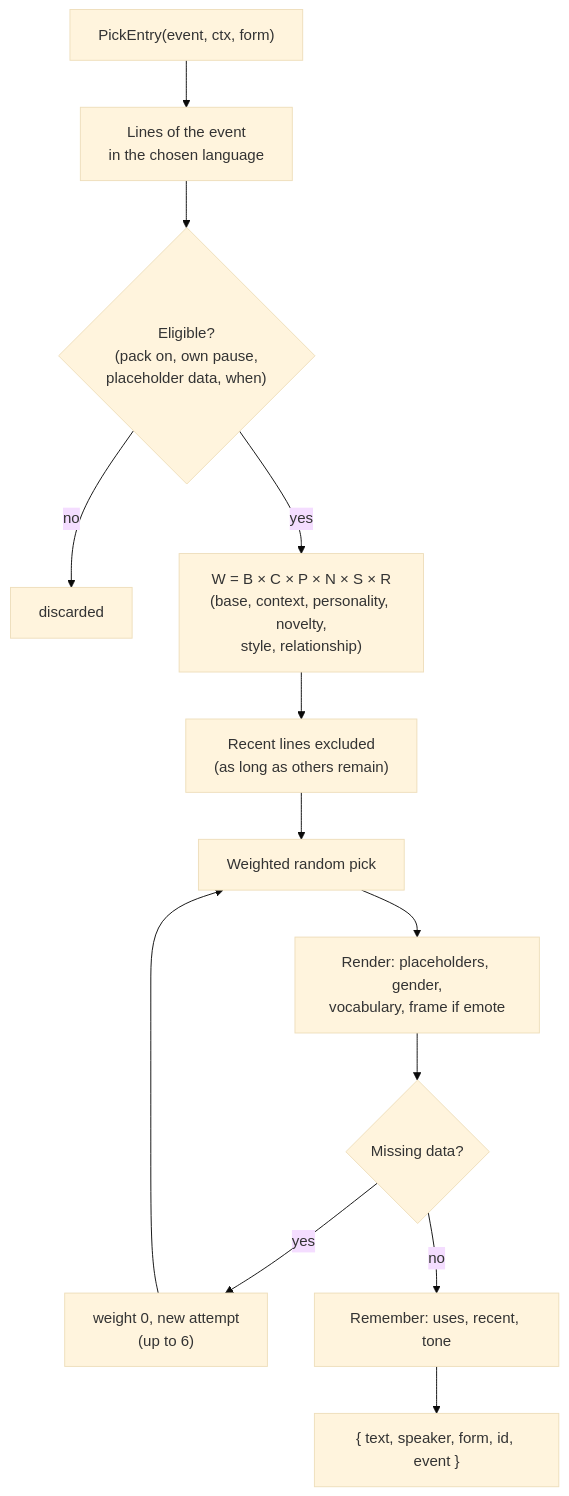
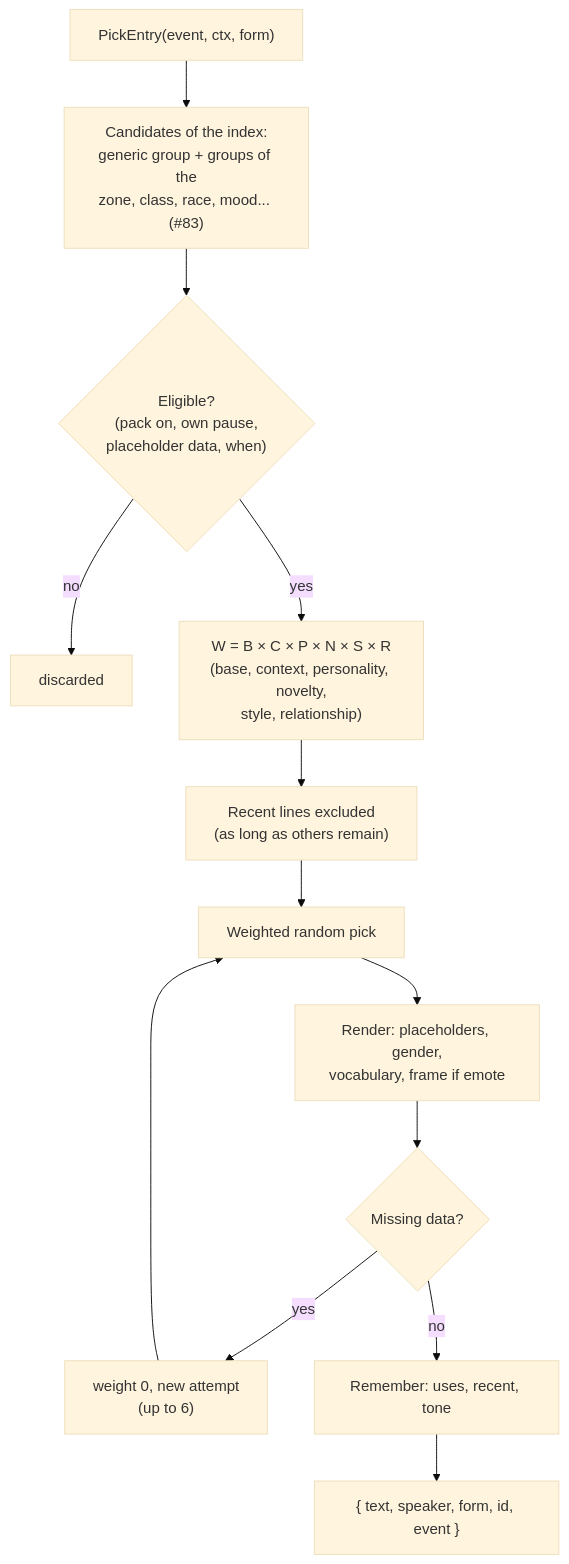
The fifth of 14 diagrams in docs/ARCHITECTURE.md (Finland6738/azeroth-unspoken), drawn with Mermaid (base theme) before and after one commit. The commit also changed other lines of this file and 37 other files, not shown here.

````diff
--- a/docs/ARCHITECTURE.md
+++ b/docs/ARCHITECTURE.md
@@ -294,15 +294,15 @@
 ```mermaid
 flowchart TD
-    A["PickEntry(event, ctx, form)"] --> B["Lines of the event<br/>in the chosen language"]
+    A["PickEntry(event, ctx, form)"] --> B["Candidates of the index:<br/>generic group + groups of the<br/>zone, class, race, mood... (#83)"]
     B --> C{"Eligible?<br/>(pack on, own pause,<br/>placeholder data, when)"}
     C -- no --> X["discarded"]
     C -- yes --> D["W = B × C × P × N × S × R<br/>(base, context, personality, novelty,<br/>style, relationship)"]
     D --> E["Recent lines excluded<br/>(as long as others remain)"]
     E --> F["Weighted random pick"]
     F --> G["Render: placeholders, gender,<br/>vocabulary, frame if emote"]
     G --> H{"Missing data?"}
     H -- yes --> I["weight 0, new attempt<br/>(up to 6)"]
     I --> F
     H -- no --> J["Remember: uses, recent, tone"]
     J --> K["{ text, speaker, form, id, event }"]
 ```
````
